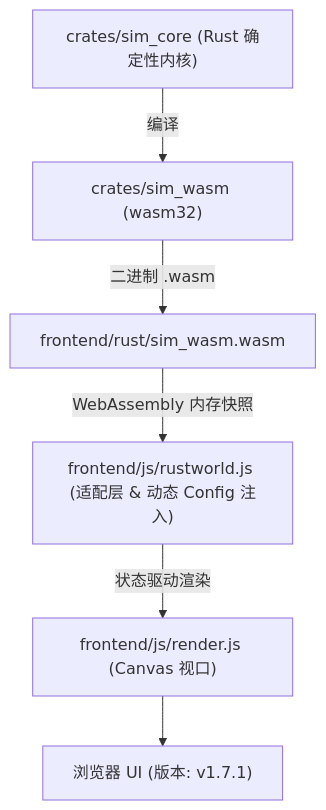
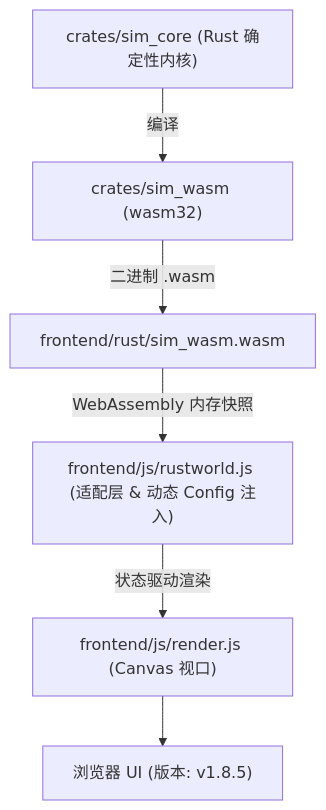
One commit to g39088902/FlowAndAccord changed the diagram in AGENTS.md. Above: the diagram before and after it, drawn with Mermaid. The commit also changed other lines of this file and 21 other files, not shown here.

````diff
--- a/AGENTS.md
+++ b/AGENTS.md
@@ -50,8 +50,8 @@
 ```mermaid
 graph TD
     A["crates/sim_core (Rust 确定性内核)"] -->|编译| B["crates/sim_wasm (wasm32)"]
     B -->|二进制 .wasm| C["frontend/rust/sim_wasm.wasm"]
     C -->|WebAssembly 内存快照| D["frontend/js/rustworld.js (适配层 & 动态 Config 注入)"]
     D -->|状态驱动渲染| E["frontend/js/render.js (Canvas 视口)"]
-    E --> F["浏览器 UI (版本: v1.7.1)"]
+    E --> F["浏览器 UI (版本: v1.8.5)"]
 ```
````
